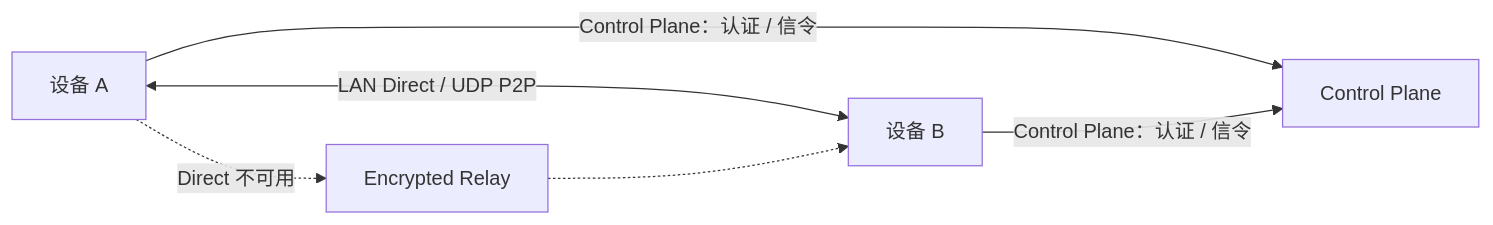
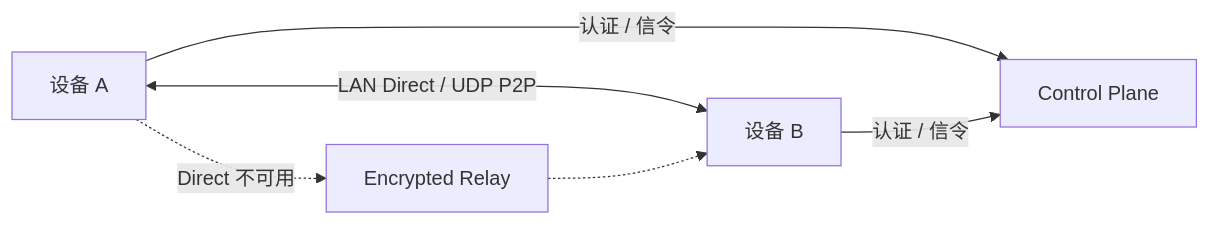
Before and after one commit to yhan-sun/p2wlan: the diagram in README.md, drawn with Mermaid. The commit also changed other lines of this file and 3 other files, not shown here.

````diff
--- a/README.md
+++ b/README.md
@@ -115,8 +144,8 @@
 ```mermaid
 flowchart LR
     A[设备 A] <-->|"LAN Direct / UDP P2P"| B[设备 B]
-    A -->|"Control Plane：认证 / 信令"| C[Control Plane]
-    B -->|"Control Plane：认证 / 信令"| C
+    A -->|"认证 / 信令"| C[Control Plane]
+    B -->|"认证 / 信令"| C
     A -.->|"Direct 不可用"| R[Encrypted Relay]
     R -.-> B
 ```
````
